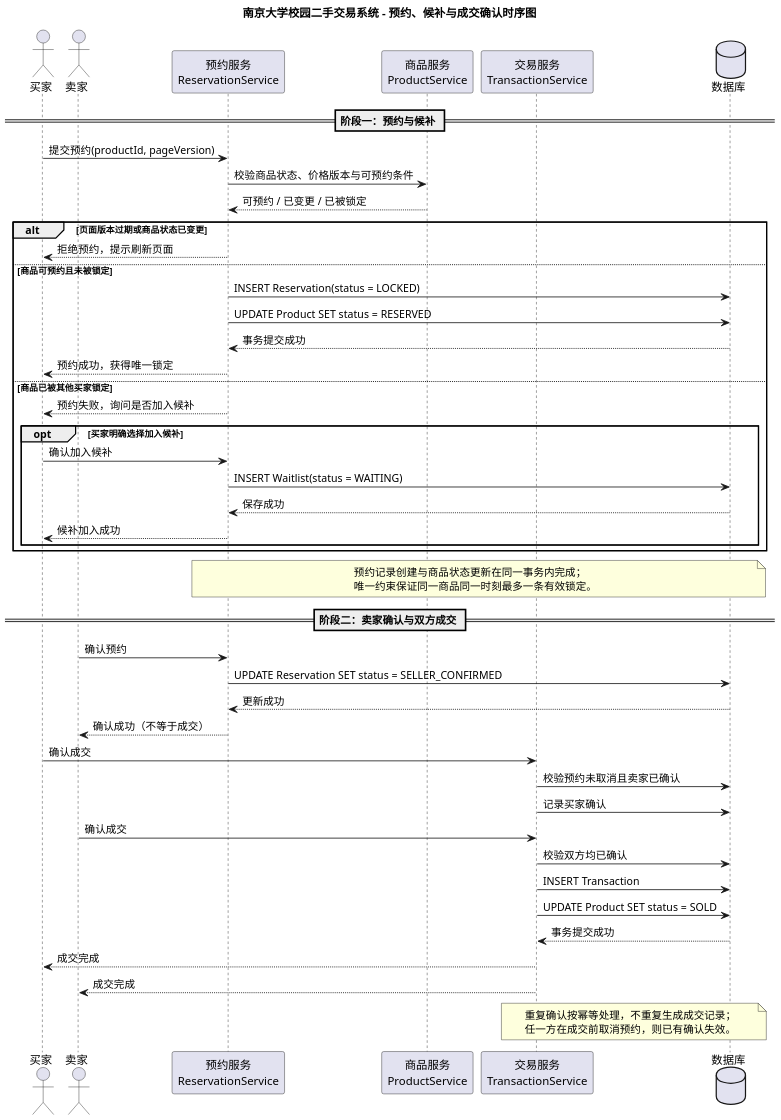
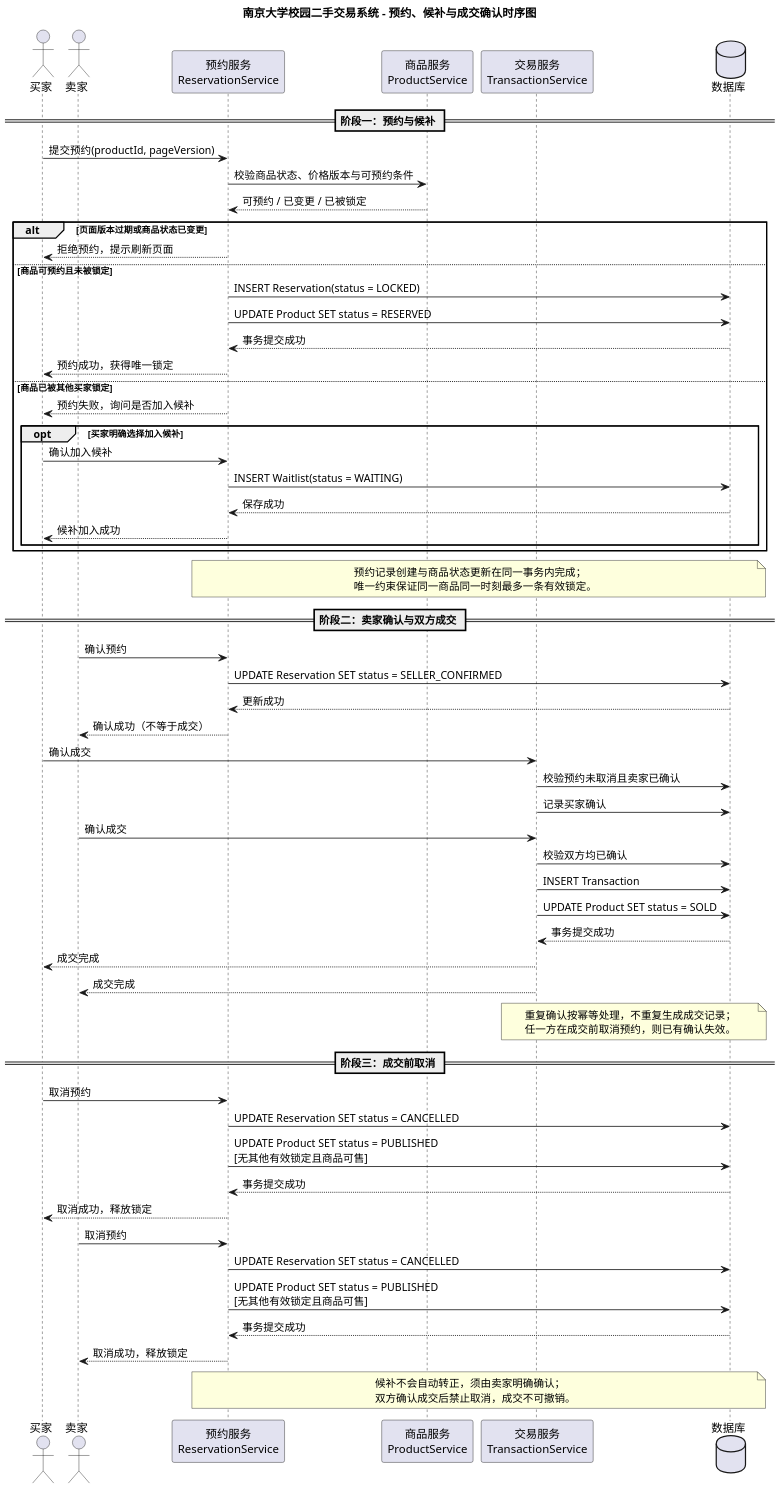
The diagram in lab2/UML/UML时序图-预约与候补.puml (235826/secondhand-marketplace), drawn with PlantUML before and after one commit. The commit also changed 8 other files, not shown here.

Commit message:
lab2: refine UML constraints and cancellation flow

```diff
--- a/lab2/UML/UML时序图-预约与候补.puml
+++ b/lab2/UML/UML时序图-预约与候补.puml
@@ -1,65 +1,84 @@
 @startuml UML时序图-预约与候补
 skinparam defaultFontName "PingFang SC"
 skinparam dpi 150
 title 南京大学校园二手交易系统 - 预约、候补与成交确认时序图
 
 actor "买家" as Buyer
 actor "卖家" as Seller
 participant "预约服务\nReservationService" as RS
 participant "商品服务\nProductService" as PS
 participant "交易服务\nTransactionService" as TS
 database "数据库" as DB
 
 == 阶段一：预约与候补 ==
 
 Buyer -> RS : 提交预约(productId, pageVersion)
 RS -> PS : 校验商品状态、价格版本与可预约条件
 PS --> RS : 可预约 / 已变更 / 已被锁定
 
 alt 页面版本过期或商品状态已变更
   RS --> Buyer : 拒绝预约，提示刷新页面
 else 商品可预约且未被锁定
   RS -> DB : INSERT Reservation(status = LOCKED)
   RS -> DB : UPDATE Product SET status = RESERVED
   DB --> RS : 事务提交成功
   RS --> Buyer : 预约成功，获得唯一锁定
 else 商品已被其他买家锁定
   RS --> Buyer : 预约失败，询问是否加入候补
   opt 买家明确选择加入候补
     Buyer -> RS : 确认加入候补
     RS -> DB : INSERT Waitlist(status = WAITING)
     DB --> RS : 保存成功
     RS --> Buyer : 候补加入成功
   end
 end
 
 note over RS, DB
   预约记录创建与商品状态更新在同一事务内完成；
   唯一约束保证同一商品同一时刻最多一条有效锁定。
 end note
 
 == 阶段二：卖家确认与双方成交 ==
 
 Seller -> RS : 确认预约
 RS -> DB : UPDATE Reservation SET status = SELLER_CONFIRMED
 DB --> RS : 更新成功
 RS --> Seller : 确认成功（不等于成交）
 
 Buyer -> TS : 确认成交
 TS -> DB : 校验预约未取消且卖家已确认
 TS -> DB : 记录买家确认
 
 Seller -> TS : 确认成交
 TS -> DB : 校验双方均已确认
 TS -> DB : INSERT Transaction
 TS -> DB : UPDATE Product SET status = SOLD
 DB --> TS : 事务提交成功
 TS --> Buyer : 成交完成
 TS --> Seller : 成交完成
 
 note over TS, DB
   重复确认按幂等处理，不重复生成成交记录；
   任一方在成交前取消预约，则已有确认失效。
 end note
 
+== 阶段三：成交前取消 ==
+
+Buyer -> RS : 取消预约
+RS -> DB : UPDATE Reservation SET status = CANCELLED
+RS -> DB : UPDATE Product SET status = PUBLISHED\n[无其他有效锁定且商品可售]
+DB --> RS : 事务提交成功
+RS --> Buyer : 取消成功，释放锁定
+
+Seller -> RS : 取消预约
+RS -> DB : UPDATE Reservation SET status = CANCELLED
+RS -> DB : UPDATE Product SET status = PUBLISHED\n[无其他有效锁定且商品可售]
+DB --> RS : 事务提交成功
+RS --> Seller : 取消成功，释放锁定
+
+note over RS, DB
+  候补不会自动转正，须由卖家明确确认；
+  双方确认成交后禁止取消，成交不可撤销。
+end note
+
 @enduml
```
